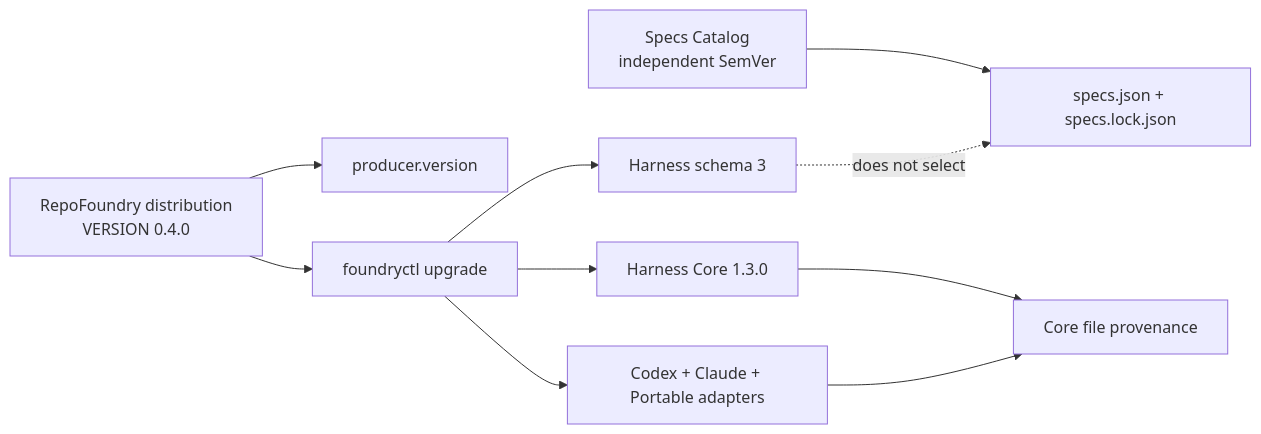
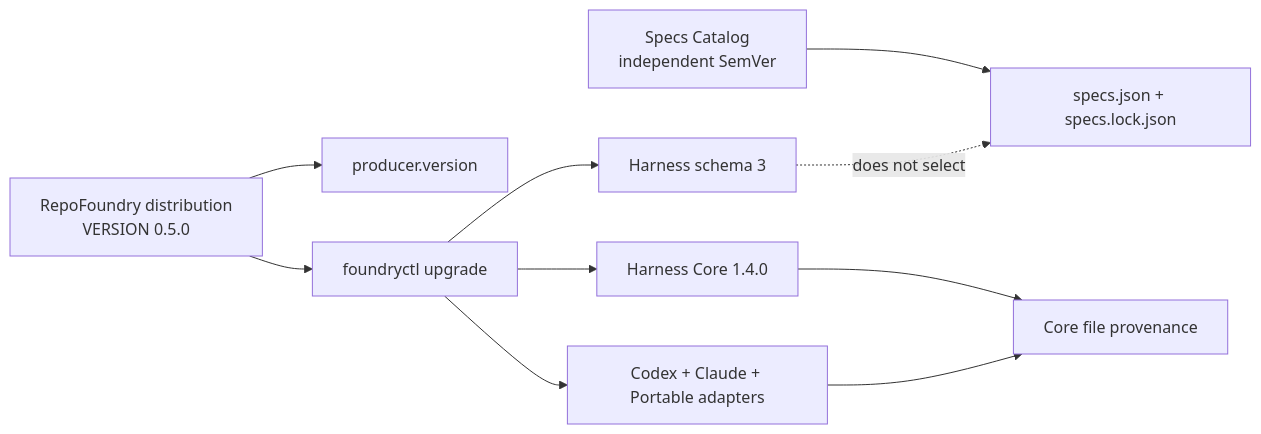
Before and after one commit to XiaoWeiKIN/RepoFoundryAI: the first of 3 diagrams in docs/design-docs/repo-foundry-versioning-and-migrations.md, drawn with Mermaid. The commit also changed other lines of this file and 64 other files, not shown here.

````diff
--- a/docs/design-docs/repo-foundry-versioning-and-migrations.md
+++ b/docs/design-docs/repo-foundry-versioning-and-migrations.md
@@ -73,12 +91,12 @@
 ```mermaid
 flowchart LR
-    D["RepoFoundry distribution<br/>VERSION 0.4.0"] --> P["producer.version"]
+    D["RepoFoundry distribution<br/>VERSION 0.5.0"] --> P["producer.version"]
     D --> U["foundryctl upgrade"]
     U --> H["Harness schema 3"]
-    U --> C["Harness Core 1.3.0"]
+    U --> C["Harness Core 1.4.0"]
     U --> A["Codex + Claude + Portable adapters"]
     C --> F["Core file provenance"]
     A --> F
     S["Specs Catalog<br/>independent SemVer"] --> L["specs.json + specs.lock.json"]
     H -.->|"does not select"| L
 ```
````
